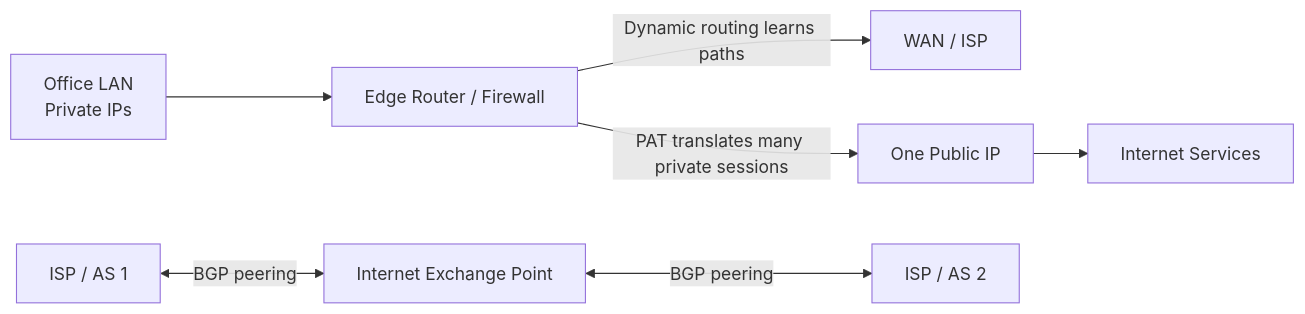
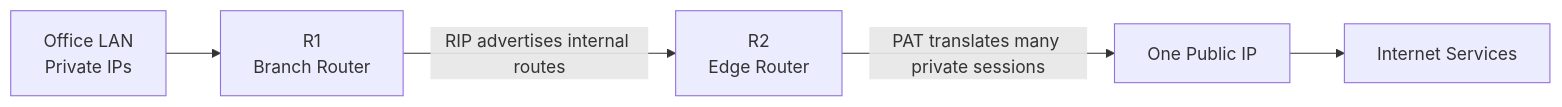
Before and after one commit to OmoboriowoOluwagbotemi/Networking-Note: the diagram in Network_Engineering_Foundation_20_Lessons/Lesson_17_Dynamic_Routing_and_NAT_PAT.md, drawn with Mermaid. The commit also changed other lines of this file and 6 other files, not shown here.

Commit message:
Focus dynamic routing lesson on RIP

````diff
--- a/Network_Engineering_Foundation_20_Lessons/Lesson_17_Dynamic_Routing_and_NAT_PAT.md
+++ b/Network_Engineering_Foundation_20_Lessons/Lesson_17_Dynamic_Routing_and_NAT_PAT.md
@@ -9,9 +9,7 @@
 ```mermaid
 flowchart LR
-    LAN["Office LAN<br/>Private IPs"] --> Edge["Edge Router / Firewall"]
-    Edge -->|"Dynamic routing learns paths"| WAN["WAN / ISP"]
-    Edge -->|"PAT translates many private sessions"| Public["One Public IP"]
+    LAN["Office LAN<br/>Private IPs"] --> R1["R1<br/>Branch Router"]
+    R1 -->|"RIP advertises internal routes"| R2["R2<br/>Edge Router"]
+    R2 -->|"PAT translates many private sessions"| Public["One Public IP"]
     Public --> Internet["Internet Services"]
-    ISP1["ISP / AS 1"] <-->|"BGP peering"| IXP["Internet Exchange Point"]
-    IXP <-->|"BGP peering"| ISP2["ISP / AS 2"]
 ```
````
